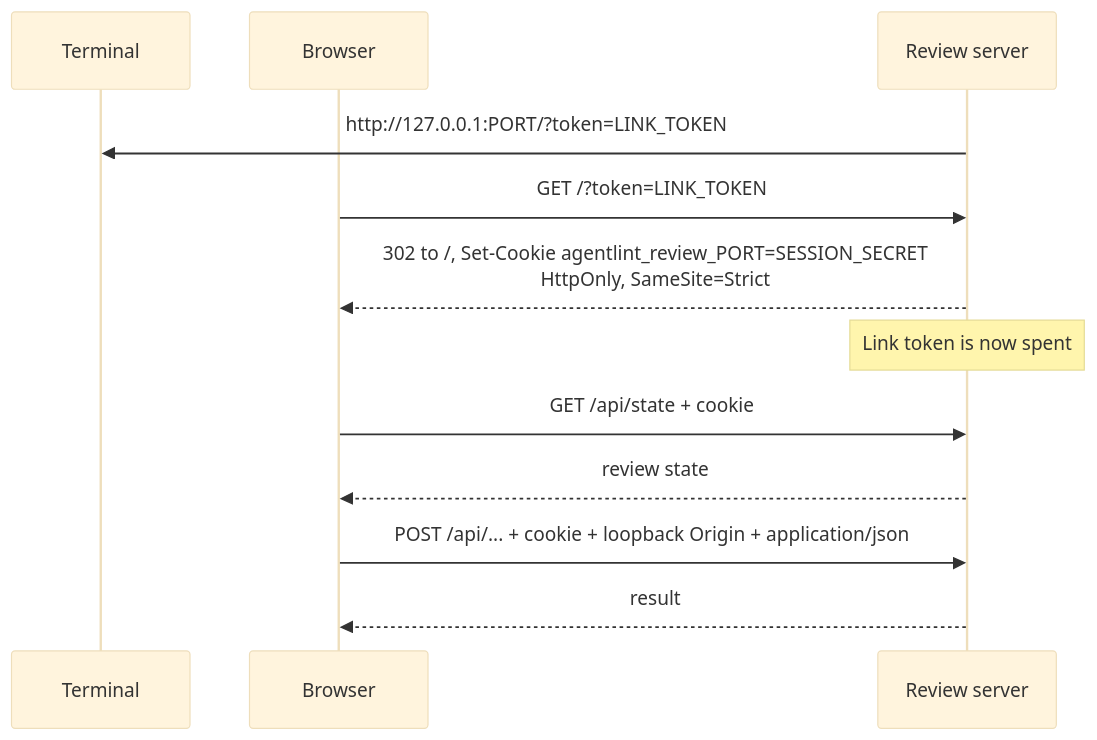
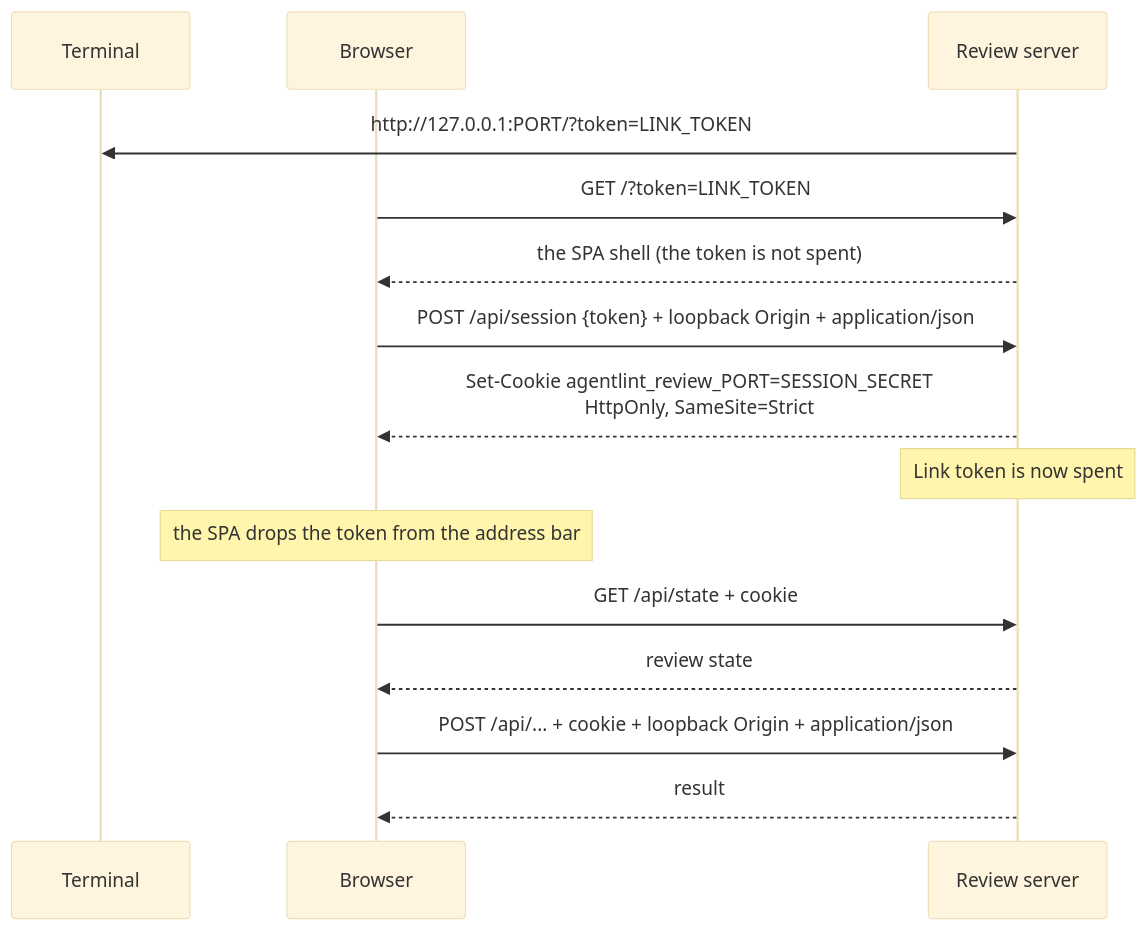
Before and after one commit to aurelienbobenrieth/agentlint: the second of 2 diagrams in docs/security-model.md, drawn with Mermaid (base theme). The commit also changed other lines of this file and 34 other files, not shown here.

````diff
--- a/docs/security-model.md
+++ b/docs/security-model.md
@@ -25,14 +25,17 @@
 ```mermaid
 sequenceDiagram
   participant T as Terminal
   participant B as Browser
   participant S as Review server
   S->>T: http://127.0.0.1:PORT/?token=LINK_TOKEN
   B->>S: GET /?token=LINK_TOKEN
-  S-->>B: 302 to /, Set-Cookie agentlint_review_PORT=SESSION_SECRET<br/>HttpOnly, SameSite=Strict
+  S-->>B: the SPA shell (the token is not spent)
+  B->>S: POST /api/session {token} + loopback Origin + application/json
+  S-->>B: Set-Cookie agentlint_review_PORT=SESSION_SECRET<br/>HttpOnly, SameSite=Strict
   Note over S: Link token is now spent
+  Note over B: the SPA drops the token from the address bar
   B->>S: GET /api/state + cookie
   S-->>B: review state
   B->>S: POST /api/... + cookie + loopback Origin + application/json
   S-->>B: result
 ```
````
